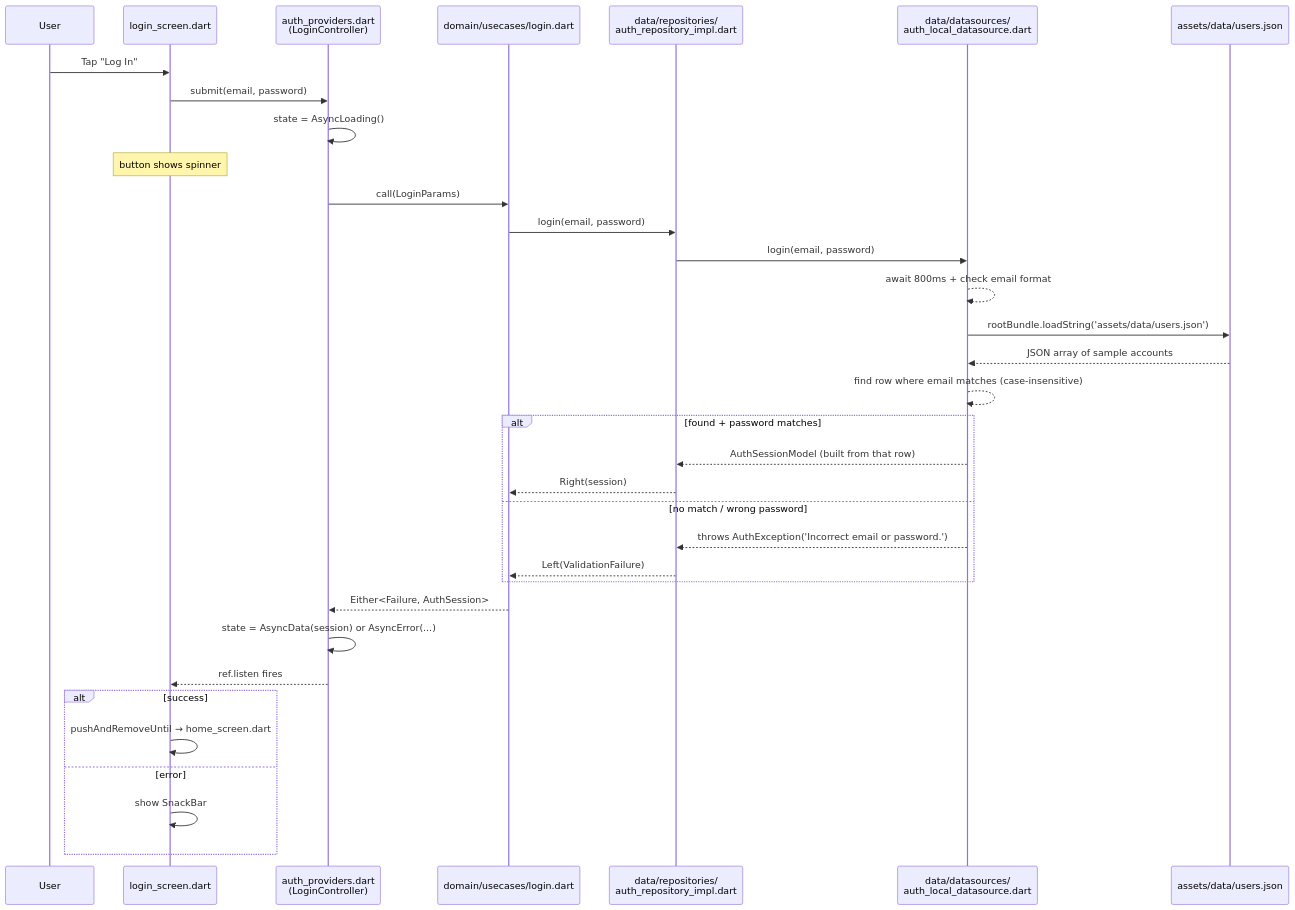
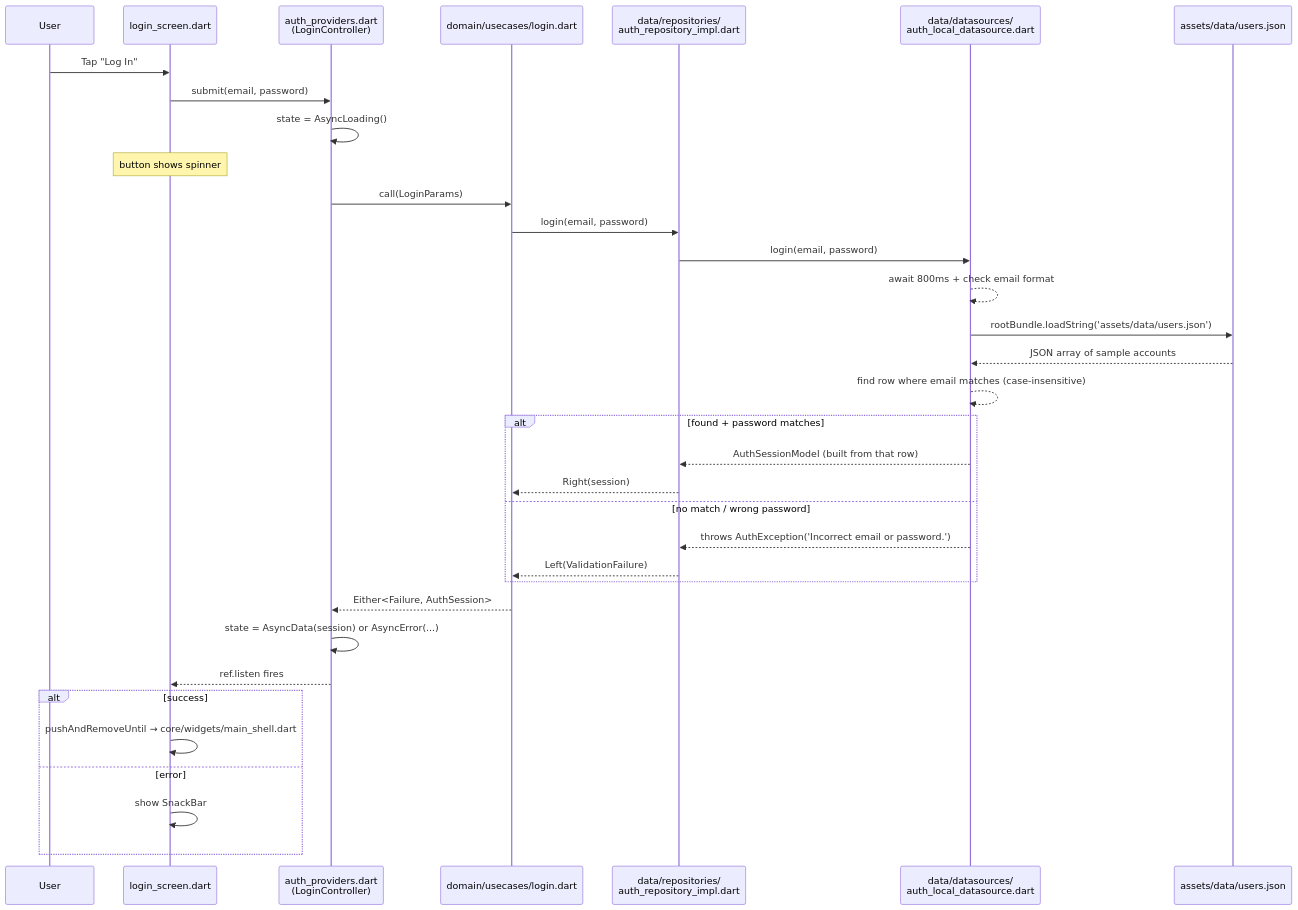
The third of 6 diagrams in ARCHITECTURE.md (malindu-asc/Libra), drawn with Mermaid before and after one commit. The commit also changed other lines of this file and 12 other files, not shown here.

````diff
--- a/ARCHITECTURE.md
+++ b/ARCHITECTURE.md
@@ -121,37 +121,37 @@
 ```mermaid
 sequenceDiagram
     participant U as User
     participant S as login_screen.dart
     participant C as auth_providers.dart<br/>(LoginController)
     participant UC as domain/usecases/login.dart
     participant R as data/repositories/<br/>auth_repository_impl.dart
     participant D as data/datasources/<br/>auth_local_datasource.dart
     participant J as assets/data/users.json
 
     U->>S: Tap "Log In"
     S->>C: submit(email, password)
     C->>C: state = AsyncLoading()
     Note over S: button shows spinner
     C->>UC: call(LoginParams)
     UC->>R: login(email, password)
     R->>D: login(email, password)
     D-->>D: await 800ms + check email format
     D->>J: rootBundle.loadString('assets/data/users.json')
     J-->>D: JSON array of sample accounts
     D-->>D: find row where email matches (case-insensitive)
     alt found + password matches
         D-->>R: AuthSessionModel (built from that row)
         R-->>UC: Right(session)
     else no match / wrong password
         D-->>R: throws AuthException('Incorrect email or password.')
         R-->>UC: Left(ValidationFailure)
     end
     UC-->>C: Either<Failure, AuthSession>
     C->>C: state = AsyncData(session) or AsyncError(...)
     C-->>S: ref.listen fires
     alt success
-        S->>S: pushAndRemoveUntil → home_screen.dart
+        S->>S: pushAndRemoveUntil → core/widgets/main_shell.dart
     else error
         S->>S: show SnackBar
     end
 ```
````
